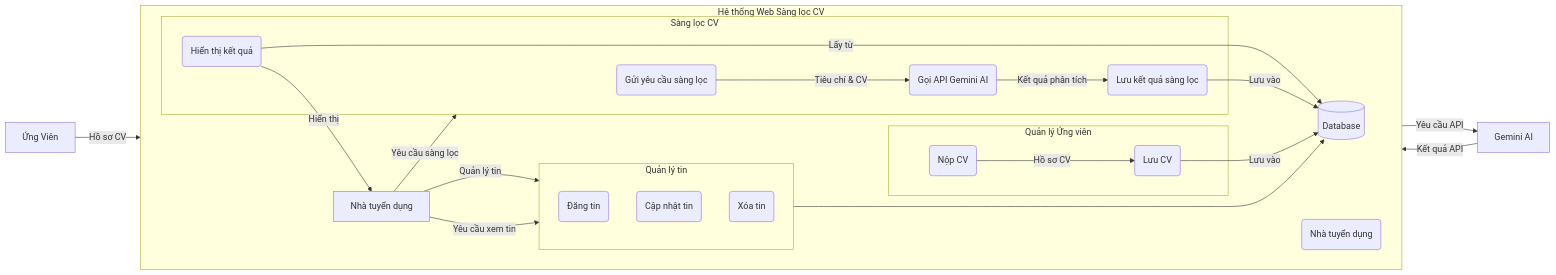
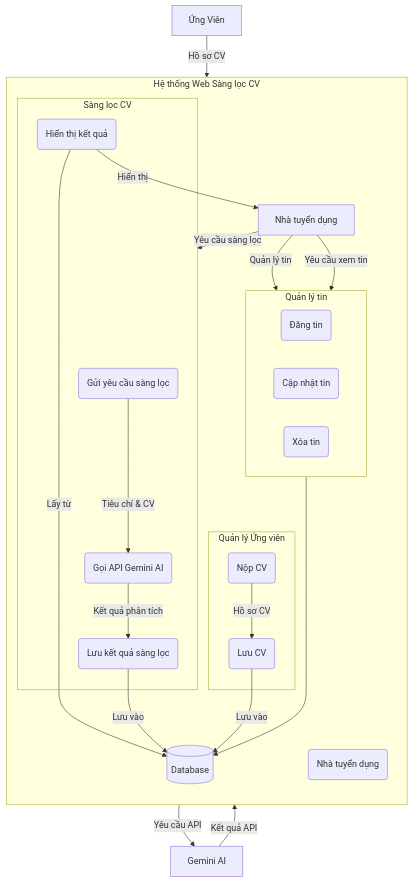
The diagram in charts/SoDo-LuongDuLieu.mmd (thangqn88/smart-cv-filter), drawn with Mermaid before and after one commit. The commit also changed 37 other files, not shown here.

```diff
--- a/charts/SoDo-LuongDuLieu.mmd
+++ b/charts/SoDo-LuongDuLieu.mmd
@@ -1,41 +1,41 @@
-graph LR
+graph TB
     subgraph "Hệ thống Web Sàng lọc CV"
-        direction LR
+        direction TB
         subgraph P1[Quản lý tin]
             P1a(Đăng tin)
             P1b(Cập nhật tin)
             P1c(Xóa tin)
         end
         subgraph P2[Quản lý Ứng viên]
             P2a(Nộp CV)
             P2b(Lưu CV)
         end
         subgraph P3[Sàng lọc CV]
             P3a(Gửi yêu cầu sàng lọc)
             P3b(Gọi API Gemini AI)
             P3c(Lưu kết quả sàng lọc)
             P3d(Hiển thị kết quả)
         end
         D1@{ shape: cyl, label: "Database" }
         D4(Nhà tuyển dụng)
 
         P1 --> D1
         P2a -- Hồ sơ CV --> P2b
         P2b -- Lưu vào --> D1
         P3a -- Tiêu chí & CV --> P3b
         P3b -- Kết quả phân tích --> P3c
         P3c -- Lưu vào --> D1
         P3d -- Lấy từ --> D1
         P3d -- Hiển thị --> actor
 
     end
     actor[Nhà tuyển dụng]
+    actor2[Gemini AI]
     actor1[Ứng Viên]
-    actor2[Gemini AI]
 
+    actor1 -- "Hồ sơ CV" --> P2
     actor -- "Quản lý tin" --> P1
     actor -- "Yêu cầu xem tin" --> P1
     actor -- "Yêu cầu sàng lọc" --> P3
-    actor1 -- "Hồ sơ CV" --> P2
     P3b -- "Yêu cầu API" --> actor2
     actor2 -- "Kết quả API" --> P3b
```
